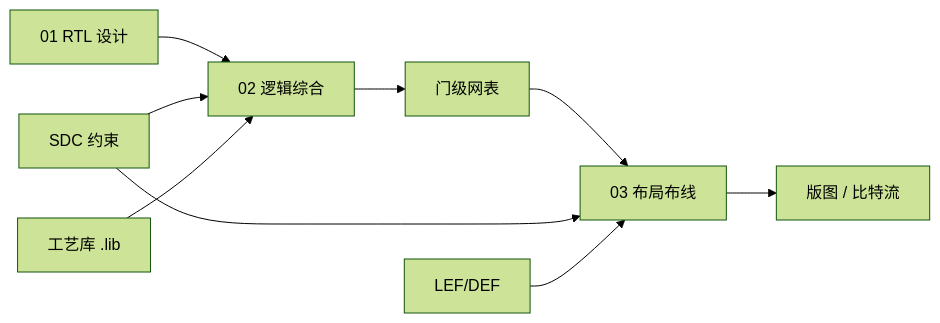
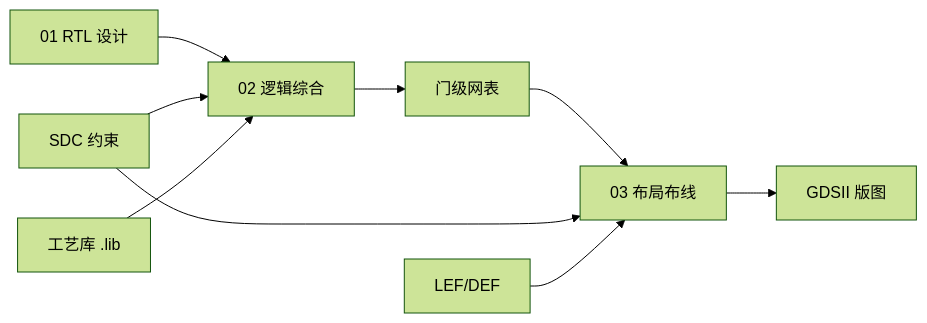
The diagram in docs/README.md (hchaoEE/learning), drawn with Mermaid (forest theme) before and after one commit. The commit also changed other lines of this file and 14 other files, not shown here.

````diff
--- a/docs/README.md
+++ b/docs/README.md
@@ -74,11 +76,11 @@
 ```mermaid
 flowchart LR
   RTL["01 RTL 设计"] --> SYN["02 逻辑综合"]
   SYN --> NET["门级网表"]
   NET --> PNR["03 布局布线"]
-  PNR --> GDS["版图 / 比特流"]
+  PNR --> GDS["GDSII 版图"]
   SDC["SDC 约束"] --> SYN
   SDC --> PNR
   LIB["工艺库 .lib"] --> SYN
   LEFDEF["LEF/DEF"] --> PNR
 ```
````
